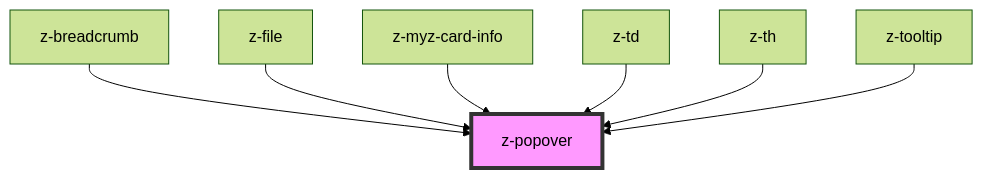
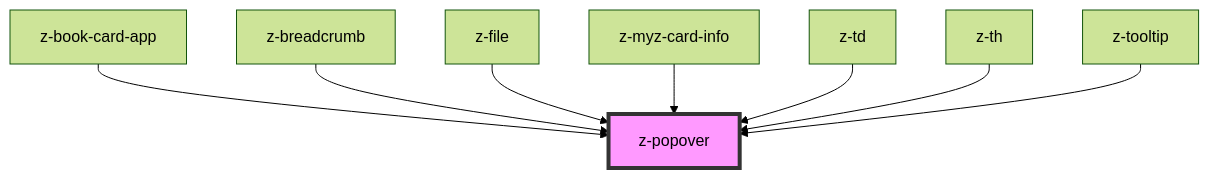
The diagram in src/components/z-popover/readme.md (ZanichelliEditore/design-system), drawn with Mermaid (forest theme) before and after one commit. The commit also changed other lines of this file and 3 other files, not shown here.

Commit message:
chore: add popover to book-card-app when ellipsed

````diff
--- a/src/components/z-popover/readme.md
+++ b/src/components/z-popover/readme.md
@@ -66,10 +67,11 @@
 ```mermaid
 graph TD;
+  z-book-card-app --> z-popover
   z-breadcrumb --> z-popover
   z-file --> z-popover
   z-myz-card-info --> z-popover
   z-td --> z-popover
   z-th --> z-popover
   z-tooltip --> z-popover
   style z-popover fill:#f9f,stroke:#333,stroke-width:4px
 ```
````
